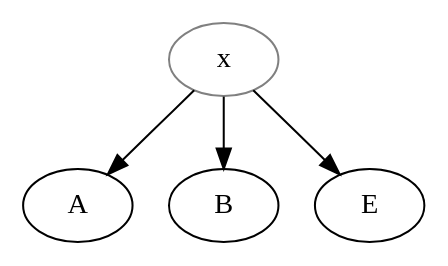
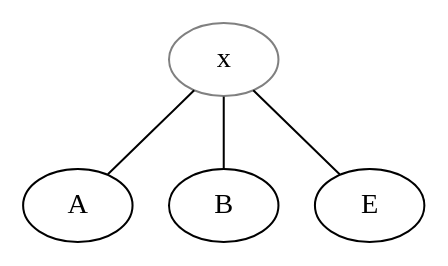
The diagram in data/frm/Trisolini_1974_VoyageDeGenes/stemma.gv (OpenStemmata/database), drawn with Graphviz before and after one commit.

Commit message:
undirected stemma

```diff
--- a/data/frm/Trisolini_1974_VoyageDeGenes/stemma.gv
+++ b/data/frm/Trisolini_1974_VoyageDeGenes/stemma.gv
@@ -1,9 +1,9 @@
 digraph {
 
     x[color="grey"];
 
-    x -> A;
-    x -> B;
-    x -> E
+    x -> A[dir=none];
+    x -> B[dir=none];
+    x -> E[dir=none]
 
 }
```
